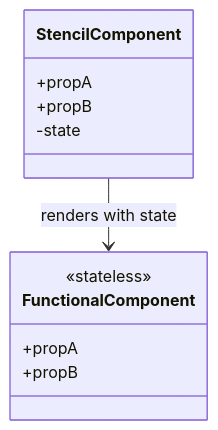
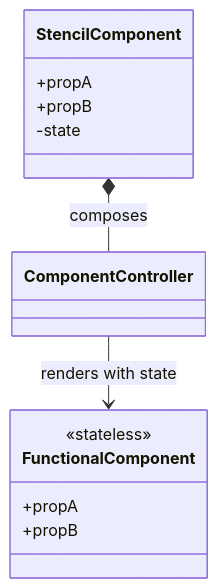
The diagram in packages/components/AGENTS.md (public-ui/kolibri), drawn with Mermaid before and after one commit. The commit also changed other lines of this file, not shown here.

Commit message:
docs: mention controller in component architecture

````diff
--- a/packages/components/AGENTS.md
+++ b/packages/components/AGENTS.md
@@ -111,14 +112,17 @@
 ```mermaid
 classDiagram
     class StencilComponent {
         +propA
         +propB
         -state
     }
+    class ComponentController {
+    }
     class FunctionalComponent {
         +propA
         +propB
         <<stateless>>
     }
-    StencilComponent --> FunctionalComponent : renders with state
+    StencilComponent *-- ComponentController : composes
+    ComponentController --> FunctionalComponent : renders with state
 ```
````
